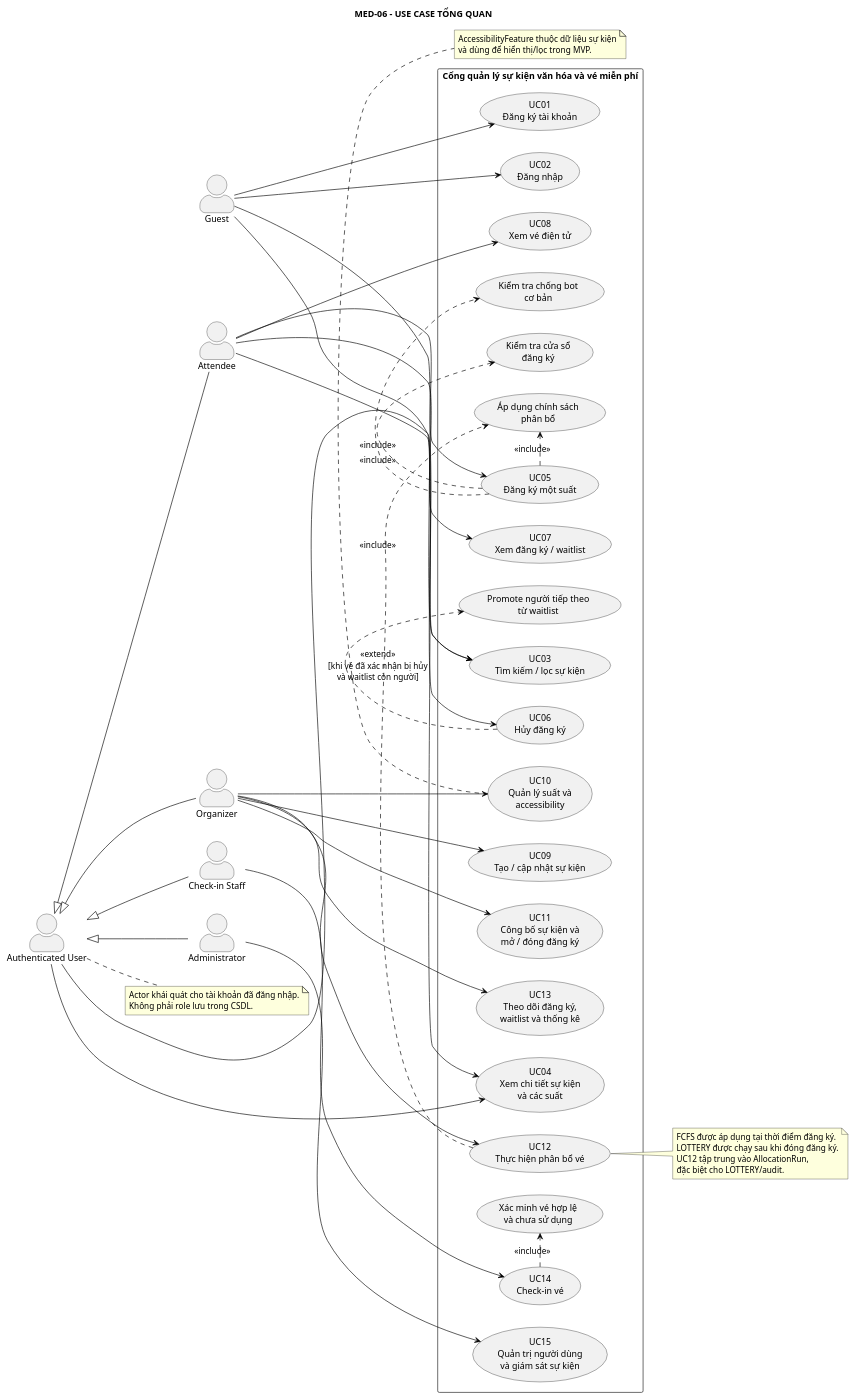
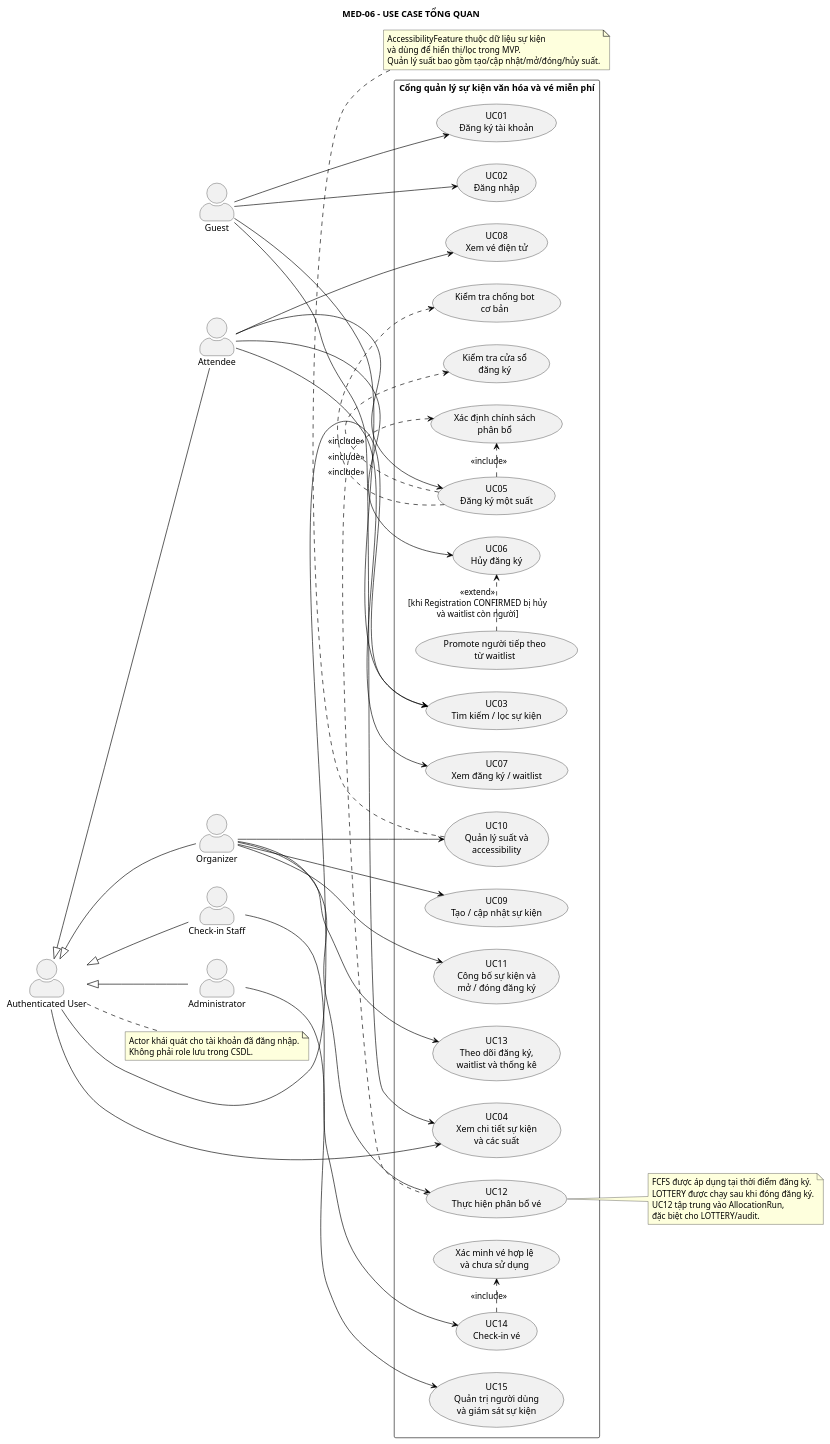
The diagram in PTTK/01_Actor_UseCase/01-use-case-overview.puml (anh632k-ui/OOP-DoAn), drawn with PlantUML before and after one commit.

Commit message:
review(pttk): fix use-case extend direction and wording

```diff
--- a/PTTK/01_Actor_UseCase/01-use-case-overview.puml
+++ b/PTTK/01_Actor_UseCase/01-use-case-overview.puml
@@ -1,99 +1,100 @@
 @startuml
 left to right direction
 skinparam packageStyle rectangle
 skinparam shadowing false
 skinparam actorStyle awesome
 skinparam usecase {
   BorderColor Black
   ArrowColor Black
 }
 
 title MED-06 - USE CASE TỔNG QUAN
 
 actor Guest
 actor "Authenticated User" as AuthUser
 actor Attendee
 actor Organizer
 actor "Check-in Staff" as Staff
 actor Administrator as Admin
 
 AuthUser <|-- Attendee
 AuthUser <|-- Organizer
 AuthUser <|-- Staff
 AuthUser <|-- Admin
 
 rectangle "Cổng quản lý sự kiện văn hóa và vé miễn phí" {
   usecase "UC01\nĐăng ký tài khoản" as UC01
   usecase "UC02\nĐăng nhập" as UC02
   usecase "UC03\nTìm kiếm / lọc sự kiện" as UC03
   usecase "UC04\nXem chi tiết sự kiện\nvà các suất" as UC04
 
   usecase "UC05\nĐăng ký một suất" as UC05
   usecase "Kiểm tra chống bot\ncơ bản" as INC_BOT
   usecase "Kiểm tra cửa sổ\nđăng ký" as INC_WINDOW
-  usecase "Áp dụng chính sách\nphân bổ" as INC_POLICY
+  usecase "Xác định chính sách\nphân bổ" as INC_POLICY
 
   usecase "UC06\nHủy đăng ký" as UC06
   usecase "Promote người tiếp theo\ntừ waitlist" as INC_PROMOTE
 
   usecase "UC07\nXem đăng ký / waitlist" as UC07
   usecase "UC08\nXem vé điện tử" as UC08
 
   usecase "UC09\nTạo / cập nhật sự kiện" as UC09
   usecase "UC10\nQuản lý suất và\naccessibility" as UC10
   usecase "UC11\nCông bố sự kiện và\nmở / đóng đăng ký" as UC11
   usecase "UC12\nThực hiện phân bổ vé" as UC12
   usecase "UC13\nTheo dõi đăng ký,\nwaitlist và thống kê" as UC13
 
   usecase "UC14\nCheck-in vé" as UC14
   usecase "Xác minh vé hợp lệ\nvà chưa sử dụng" as INC_VALIDATE_TICKET
 
   usecase "UC15\nQuản trị người dùng\nvà giám sát sự kiện" as UC15
 }
 
 Guest --> UC01
 Guest --> UC02
 Guest --> UC03
 Guest --> UC04
 AuthUser --> UC03
 AuthUser --> UC04
 
 Attendee --> UC05
 Attendee --> UC06
 Attendee --> UC07
 Attendee --> UC08
 
 Organizer --> UC09
 Organizer --> UC10
 Organizer --> UC11
 Organizer --> UC12
 Organizer --> UC13
 
 Staff --> UC14
 Admin --> UC15
 
 UC05 .> INC_BOT : <<include>>
 UC05 .> INC_WINDOW : <<include>>
 UC05 .> INC_POLICY : <<include>>
-UC06 .> INC_PROMOTE : <<extend>>\n[khi vé đã xác nhận bị hủy\nvà waitlist còn người]
+INC_PROMOTE .> UC06 : <<extend>>\n[khi Registration CONFIRMED bị hủy\nvà waitlist còn người]
 UC12 .> INC_POLICY : <<include>>
 UC14 .> INC_VALIDATE_TICKET : <<include>>
 
 note right of AuthUser
 Actor khái quát cho tài khoản đã đăng nhập.
 Không phải role lưu trong CSDL.
 end note
 
 note right of UC12
 FCFS được áp dụng tại thời điểm đăng ký.
 LOTTERY được chạy sau khi đóng đăng ký.
 UC12 tập trung vào AllocationRun,
 đặc biệt cho LOTTERY/audit.
 end note
 
 note bottom of UC10
 AccessibilityFeature thuộc dữ liệu sự kiện
 và dùng để hiển thị/lọc trong MVP.
+Quản lý suất bao gồm tạo/cập nhật/mở/đóng/hủy suất.
 end note
 
 @enduml
```
